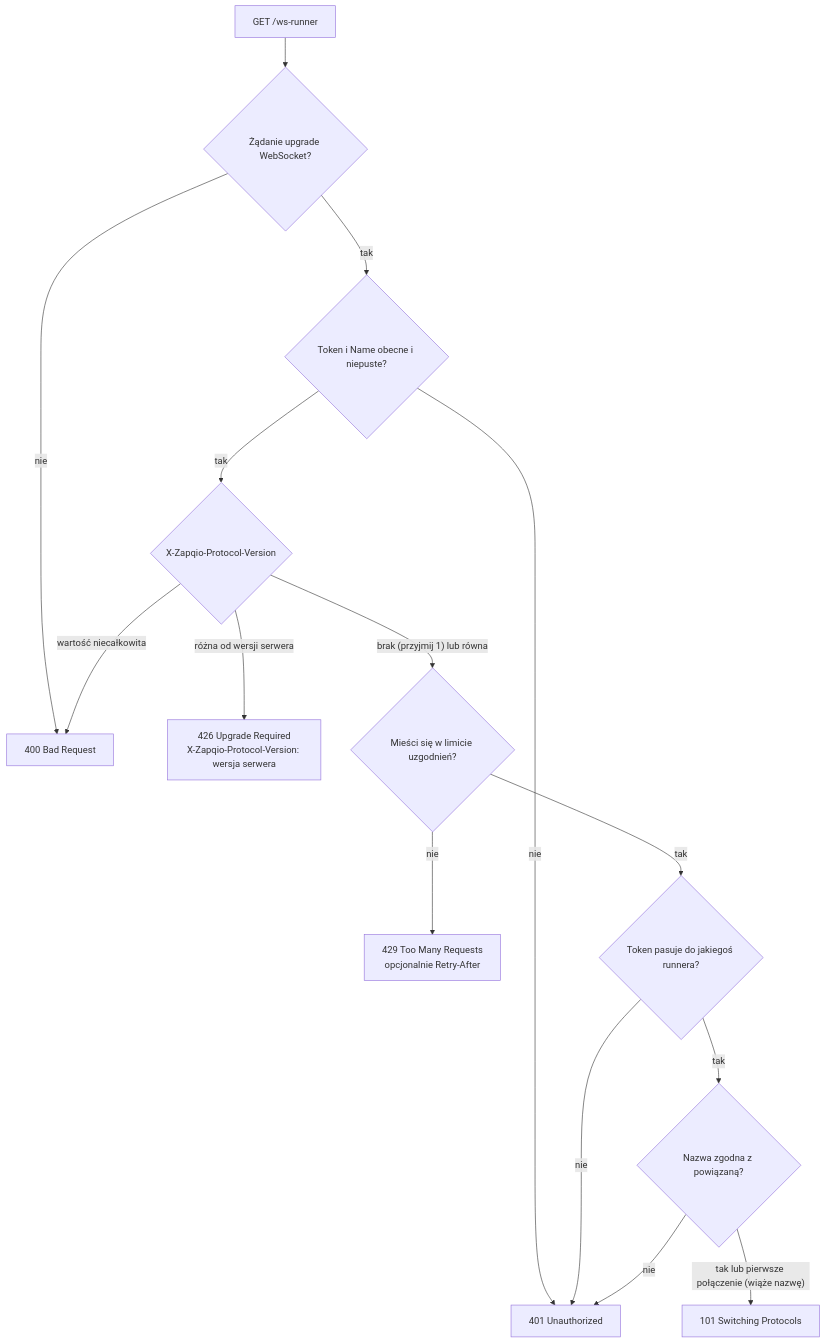
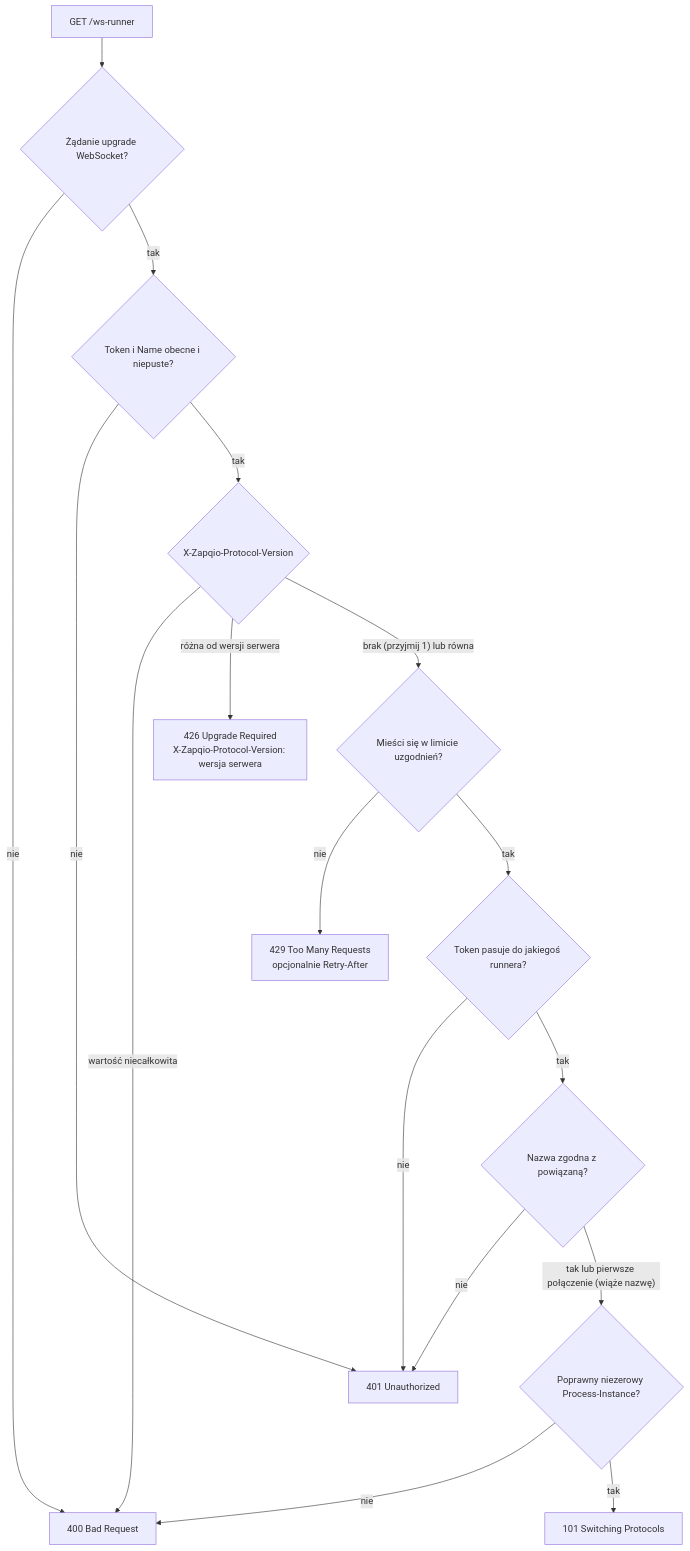
One commit to zapqio/protocol changed the first of 3 diagrams in PROTOCOL.md. Above: the diagram before and after it, drawn with Mermaid. The commit also changed other lines of this file and 7 other files, not shown here.

````diff
--- a/PROTOCOL.md
+++ b/PROTOCOL.md
@@ -122,17 +130,19 @@
 ```mermaid
 flowchart TD
     A["GET /ws-runner"] --> B{"Żądanie upgrade WebSocket?"}
     B -- "nie" --> R400["400 Bad Request"]
     B -- "tak" --> C{"Token i Name obecne i niepuste?"}
     C -- "nie" --> R401["401 Unauthorized"]
     C -- "tak" --> F{"X-Zapqio-Protocol-Version"}
     F -- "wartość niecałkowita" --> R400
     F -- "różna od wersji serwera" --> R426["426 Upgrade Required<br/>X-Zapqio-Protocol-Version: wersja serwera"]
     F -- "brak (przyjmij 1) lub równa" --> L{"Mieści się w limicie uzgodnień?"}
     L -- "nie" --> R429["429 Too Many Requests<br/>opcjonalnie Retry-After"]
     L -- "tak" --> D{"Token pasuje do jakiegoś runnera?"}
     D -- "nie" --> R401
     D -- "tak" --> E{"Nazwa zgodna z powiązaną?"}
     E -- "nie" --> R401
-    E -- "tak lub pierwsze połączenie (wiąże nazwę)" --> OK["101 Switching Protocols"]
+    E -- "tak lub pierwsze połączenie (wiąże nazwę)" --> P{"Poprawny niezerowy Process-Instance?"}
+    P -- "nie" --> R400
+    P -- "tak" --> OK["101 Switching Protocols"]
 ```
````
